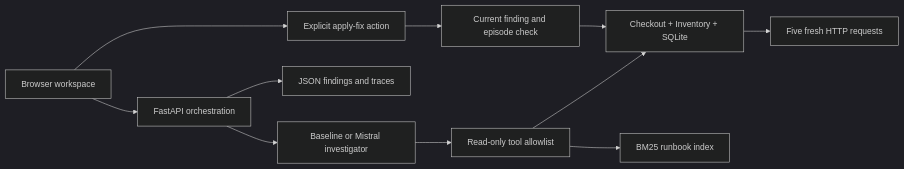
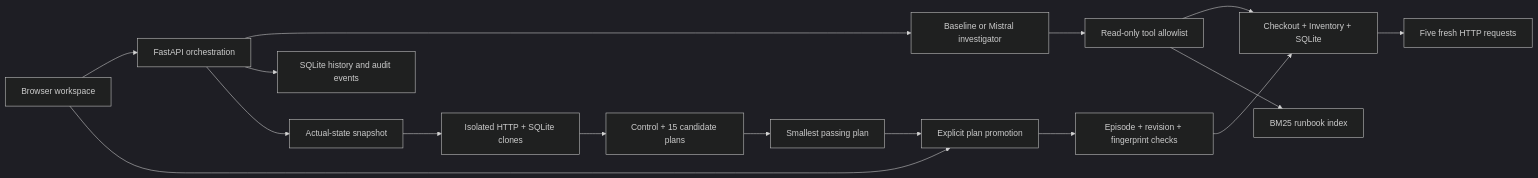
The diagram in README.md (amithkm9/IncidentLab), drawn with Mermaid (dark theme) before and after one commit. The commit also changed other lines of this file and 8 other files, not shown here.

````diff
--- a/README.md
+++ b/README.md
@@ -113,13 +133,18 @@
 ```mermaid
 flowchart LR
     UI[Browser workspace] --> API[FastAPI orchestration]
     API --> Investigator[Baseline or Mistral investigator]
     Investigator --> Tools[Read-only tool allowlist]
     Tools --> Lab[Checkout + Inventory + SQLite]
     Tools --> Runbooks[BM25 runbook index]
-    API --> Records[JSON findings and traces]
-    UI --> Review[Explicit apply-fix action]
-    Review --> Gate[Current finding and episode check]
+    API --> Records[SQLite history and audit events]
+    API --> Snapshot[Actual-state snapshot]
+    Snapshot --> Clones[Isolated HTTP + SQLite clones]
+    Clones --> Compare[Control + 15 candidate plans]
+    Compare --> Recommendation[Smallest passing plan]
+    UI --> Review[Explicit plan promotion]
+    Recommendation --> Review
+    Review --> Gate[Episode + revision + fingerprint checks]
     Gate --> Lab
     Lab --> Verify[Five fresh HTTP requests]
 ```
````
